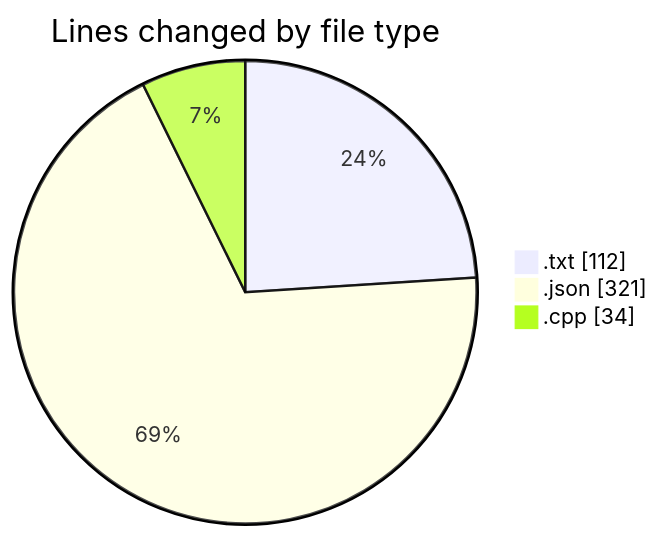
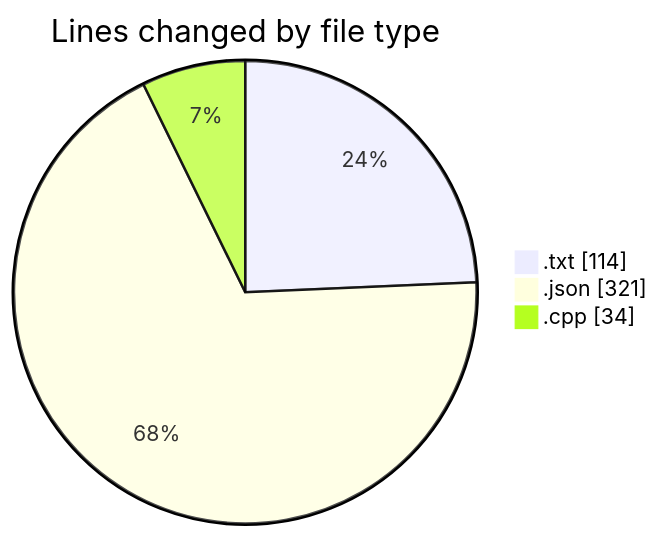
Before and after one commit to Netris89/code-tracking: the first of 2 diagrams in 2025-04-12/basic/README.md, drawn with Mermaid. The commit also changed other lines of this file and 1 other file, not shown here.

````diff
--- a/2025-04-12/basic/README.md
+++ b/2025-04-12/basic/README.md
@@ -24,7 +24,7 @@
 ```mermaid
 pie showData
 title Lines changed by file type
-".txt" : 112
+".txt" : 114
 ".json" : 321
 ".cpp" : 34
 ```
````
